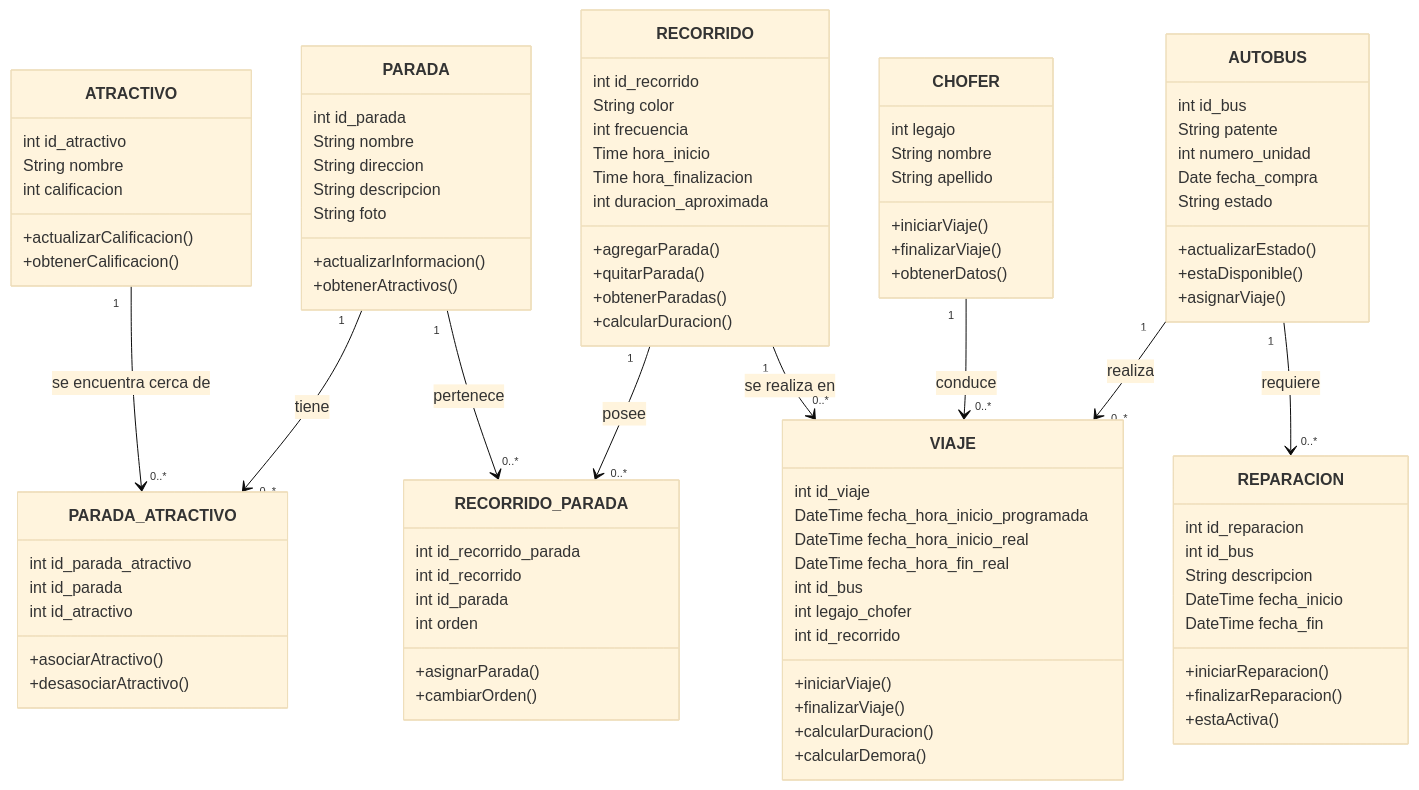
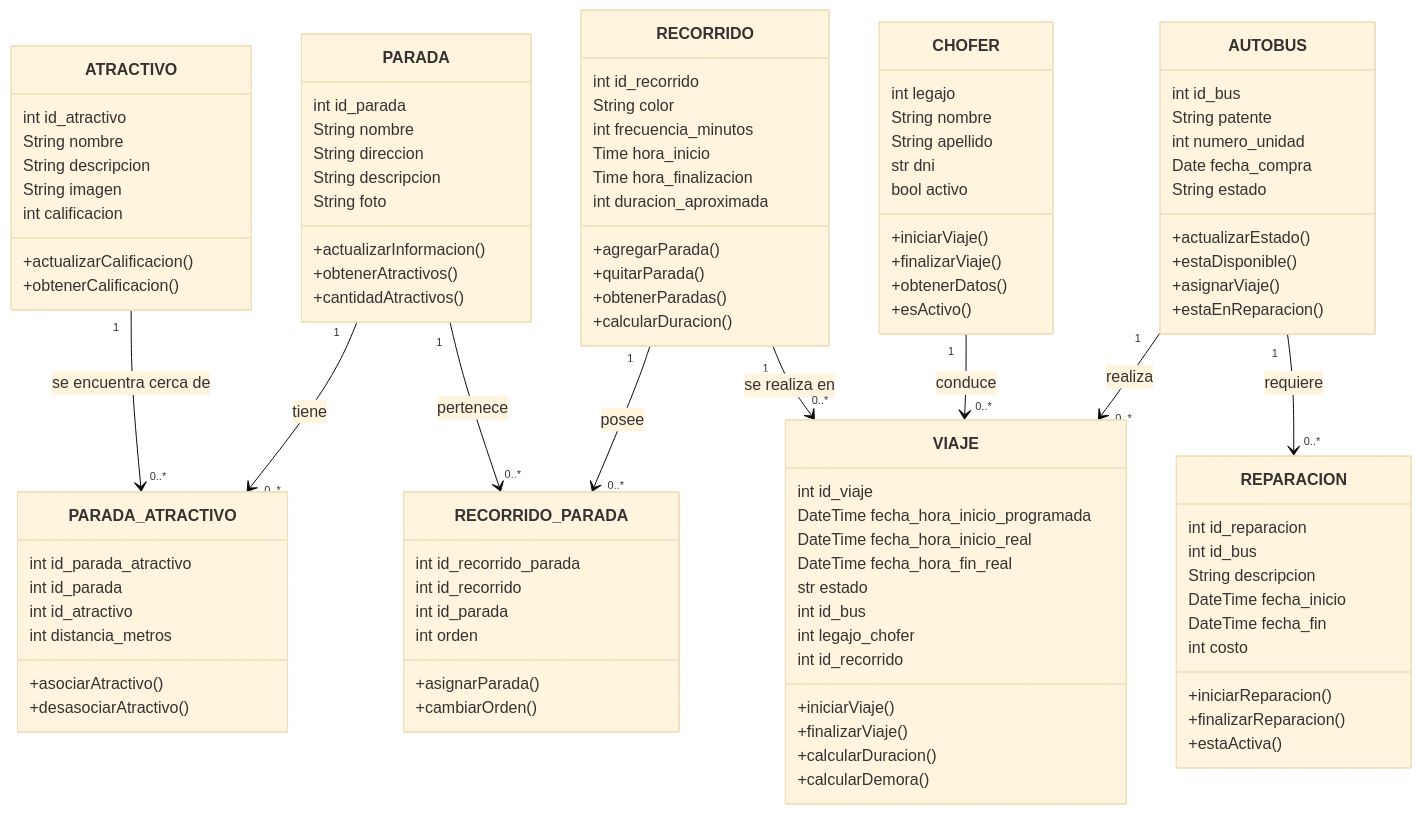
The diagram in docs/umlBusTuristico.mmd (Villada-PG3/trabajo-practico-integrador-bus_turistico), drawn with Mermaid (base theme) before and after one commit. The commit also changed 3 other files, not shown here.

Commit message:
se actualizaron las clases en models y diagramas

```diff
--- a/docs/umlBusTuristico.mmd
+++ b/docs/umlBusTuristico.mmd
@@ -1,107 +1,117 @@
 classDiagram
 
     class RECORRIDO_PARADA {
         int id_recorrido_parada
         int id_recorrido
         int id_parada
         int orden
         +asignarParada()
         +cambiarOrden()
     }
 
     class PARADA_ATRACTIVO {
         int id_parada_atractivo
         int id_parada
         int id_atractivo
+        int distancia_metros
         +asociarAtractivo()
         +desasociarAtractivo()
     }
 
     class ATRACTIVO {
         int id_atractivo
         String nombre
+        String descripcion
+        String imagen
         int calificacion
         +actualizarCalificacion()
         +obtenerCalificacion()
     }
 
     class PARADA {
         int id_parada
         String nombre
         String direccion
         String descripcion
         String foto
         +actualizarInformacion()
         +obtenerAtractivos()
+        +cantidadAtractivos()
     }
 
     class RECORRIDO {
         int id_recorrido
         String color
-        int frecuencia
+        int frecuencia_minutos
         Time hora_inicio
         Time hora_finalizacion
         int duracion_aproximada
         +agregarParada()
         +quitarParada()
         +obtenerParadas()
         +calcularDuracion()
     }
 
     class VIAJE {
         int id_viaje
         DateTime fecha_hora_inicio_programada
         DateTime fecha_hora_inicio_real
         DateTime fecha_hora_fin_real
+        str estado
         int id_bus
         int legajo_chofer
         int id_recorrido
         +iniciarViaje()
         +finalizarViaje()
         +calcularDuracion()
         +calcularDemora()
     }
 
     class AUTOBUS {
         int id_bus
         String patente
         int numero_unidad
         Date fecha_compra
         String estado
         +actualizarEstado()
         +estaDisponible()
         +asignarViaje()
+        +estaEnReparacion()
     }
 
     class CHOFER {
         int legajo
         String nombre
         String apellido
+        str dni
+        bool activo
         +iniciarViaje()
         +finalizarViaje()
         +obtenerDatos()
+        +esActivo()
     }
 
     class REPARACION {
         int id_reparacion
         int id_bus
         String descripcion
         DateTime fecha_inicio
         DateTime fecha_fin
+        int costo
         +iniciarReparacion()
         +finalizarReparacion()
         +estaActiva()
     }
 
 
     RECORRIDO "1" --> "0..*" RECORRIDO_PARADA : posee
     PARADA "1" --> "0..*" PARADA_ATRACTIVO : tiene
     
     PARADA "1" --> "0..*" RECORRIDO_PARADA : pertenece
     ATRACTIVO "1" --> "0..*" PARADA_ATRACTIVO : se encuentra cerca de
 
     RECORRIDO "1" --> "0..*" VIAJE : se realiza en
     CHOFER "1" --> "0..*" VIAJE : conduce
     AUTOBUS "1" --> "0..*" VIAJE : realiza
 
     AUTOBUS "1" --> "0..*" REPARACION : requiere
```
